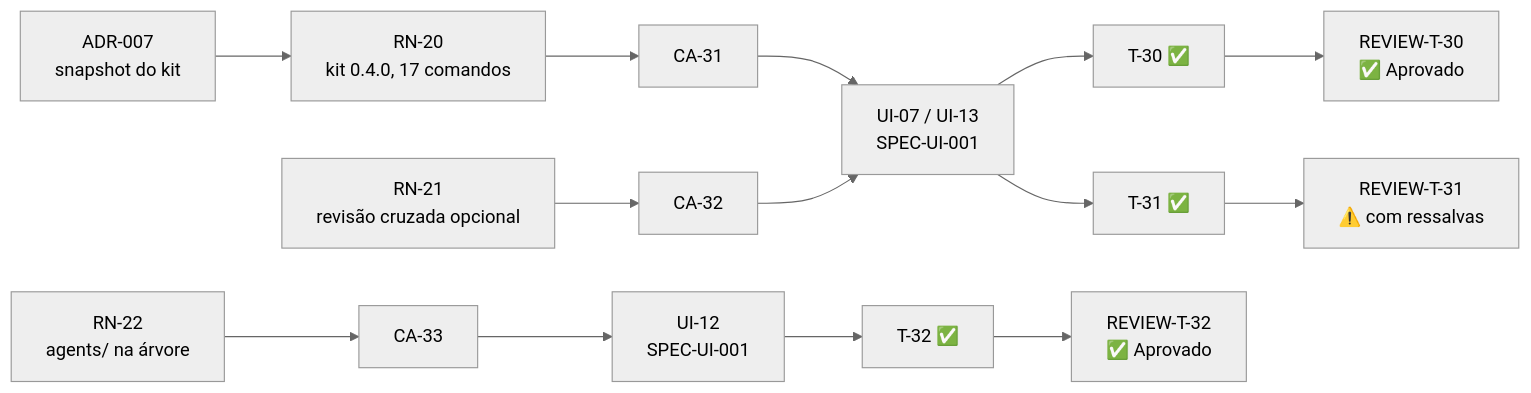
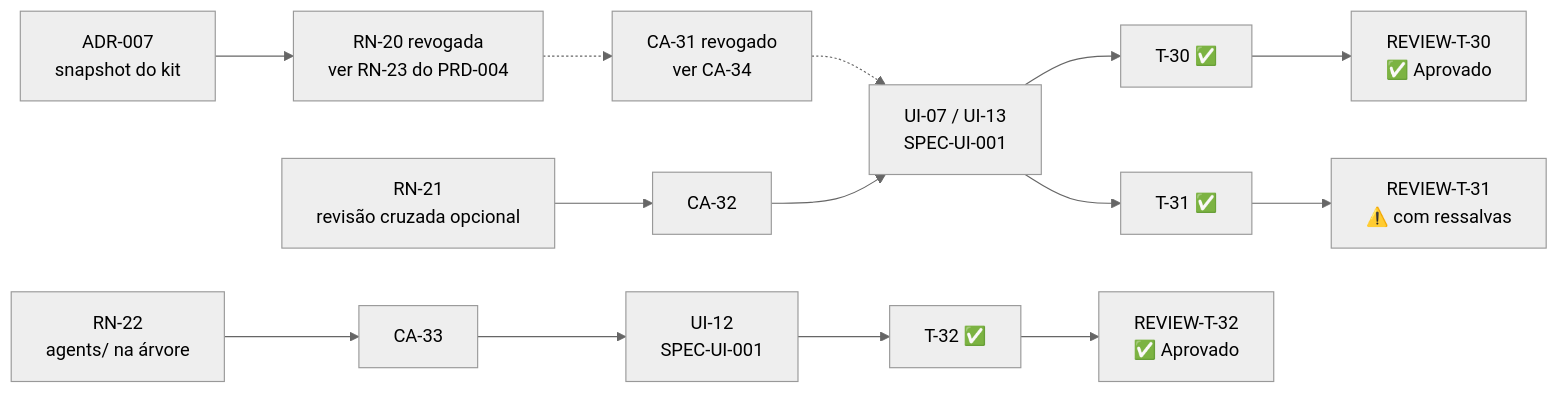
The diagram in docs/sdd/traceability/MATRIX-003-site-kit-0-4-0.md (fbzsaullo/MyAiToolKit-Site), drawn with Mermaid (neutral theme) before and after one commit. The commit also changed other lines of this file and 2 other files, not shown here.

First line of the commit message:
docs/sdd: matrizes de rastreabilidade do PRD-004 e do PRD-003

````diff
--- a/docs/sdd/traceability/MATRIX-003-site-kit-0-4-0.md
+++ b/docs/sdd/traceability/MATRIX-003-site-kit-0-4-0.md
@@ -52,16 +52,16 @@
 ```mermaid
 graph LR
     ADR007[ADR-007<br/>snapshot do kit] --> RN20
-    RN20[RN-20<br/>kit 0.4.0, 17 comandos] --> CA31[CA-31]
+    RN20[RN-20 revogada<br/>ver RN-23 do PRD-004] -.-> CA31[CA-31 revogado<br/>ver CA-34]
     RN21[RN-21<br/>revisão cruzada opcional] --> CA32[CA-32]
     RN22[RN-22<br/>agents/ na árvore] --> CA33[CA-33]
-    CA31 --> UI07[UI-07 / UI-13<br/>SPEC-UI-001]
+    CA31 -.-> UI07[UI-07 / UI-13<br/>SPEC-UI-001]
     CA32 --> UI07
     CA33 --> UI12[UI-12<br/>SPEC-UI-001]
     UI07 --> T30[T-30 ✅]
     UI07 --> T31[T-31 ✅]
     UI12 --> T32[T-32 ✅]
     T30 --> Rev30[REVIEW-T-30<br/>✅ Aprovado]
     T31 --> Rev31[REVIEW-T-31<br/>⚠️ com ressalvas]
     T32 --> Rev32[REVIEW-T-32<br/>✅ Aprovado]
 ```
````
